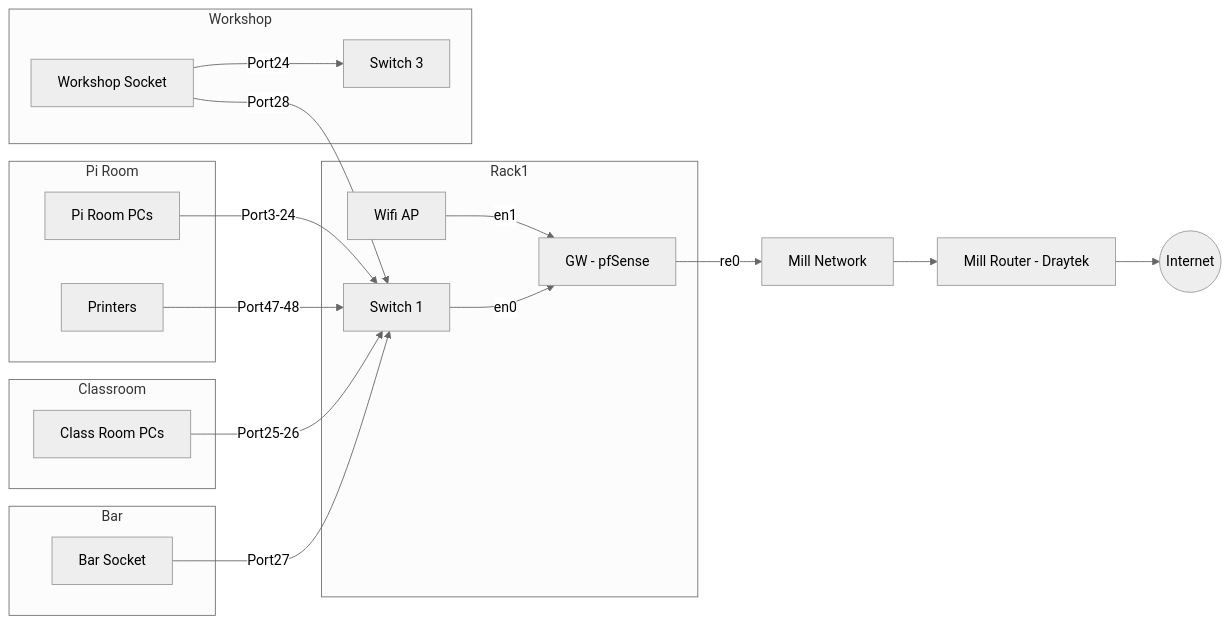
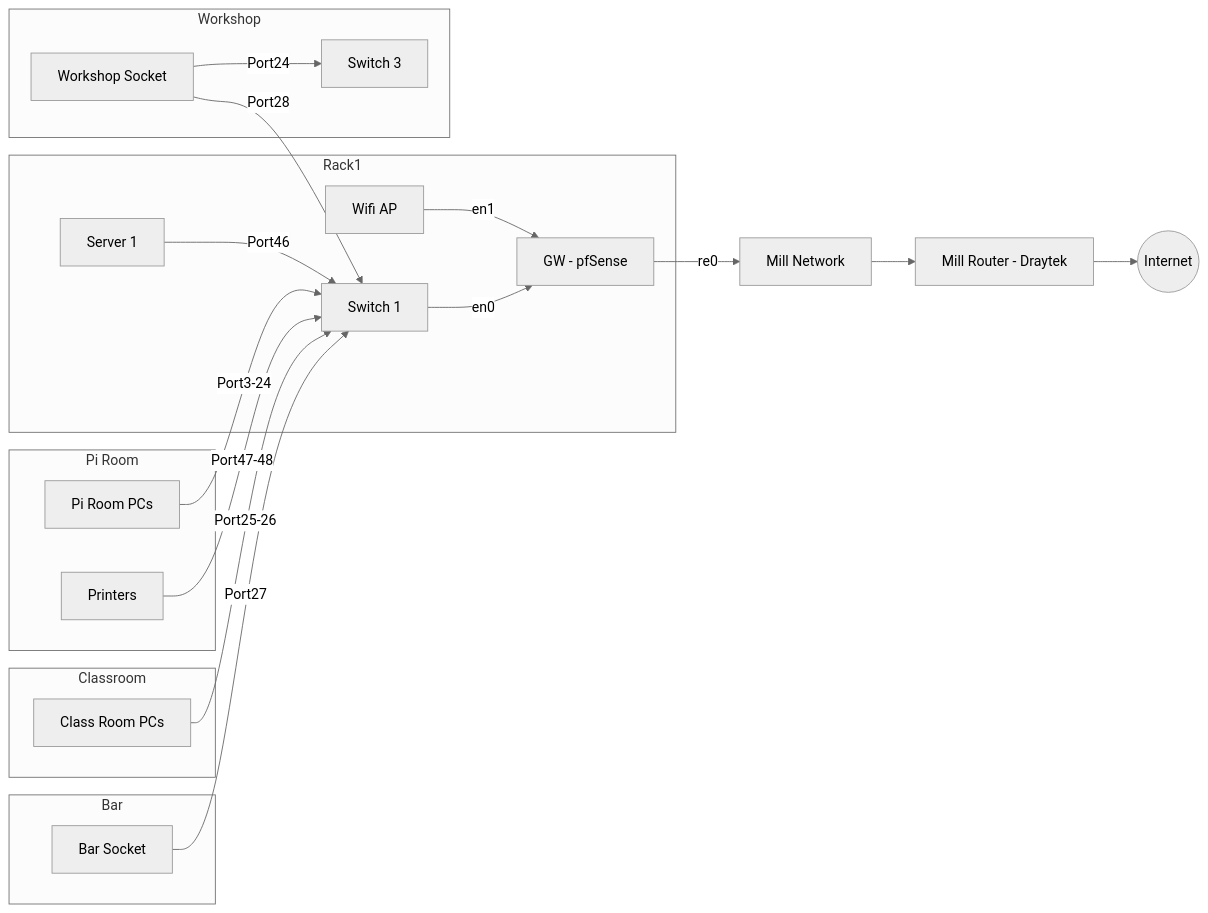
The first of 2 diagrams in docs/membership/member_information/network_layout.md (leigh-hackspace/HackspaceWiki), drawn with Mermaid (neutral theme) before and after one commit.

````diff
--- a/docs/membership/member_information/network_layout.md
+++ b/docs/membership/member_information/network_layout.md
@@ -17,29 +17,30 @@
 ```mermaid
 graph LR
     subgraph Rack1
     GW[GW - pfSense] 
     AP[Wifi AP] -->|en1| GW
     SWITCH1[Switch 1] -->|en0| GW
+    SERVER1[Server 1] -->|Port46| SWITCH1
     end
 
     GW -->|re0| MILL
     MILL[Mill Network] --> MILLROUTER[Mill Router - Draytek] --> INTERNET((Internet))
     
     subgraph Pi Room
     PIROOMPC[Pi Room PCs] -->|Port3-24| SWITCH1
     PRINTERS[Printers] -->|Port47-48| SWITCH1
     end
 
     subgraph Classroom
     CLASSROOMPC[Class Room PCs] -->|Port25-26| SWITCH1
     end
     
     subgraph Bar
     BAR[Bar Socket] -->|Port27| SWITCH1
     end
     
     subgraph Workshop
     WORKSHOP[Workshop Socket] --> |Port28| SWITCH1
     WORKSHOP --> |Port24| SWITCH3[Switch 3]
     end
 ```
````
